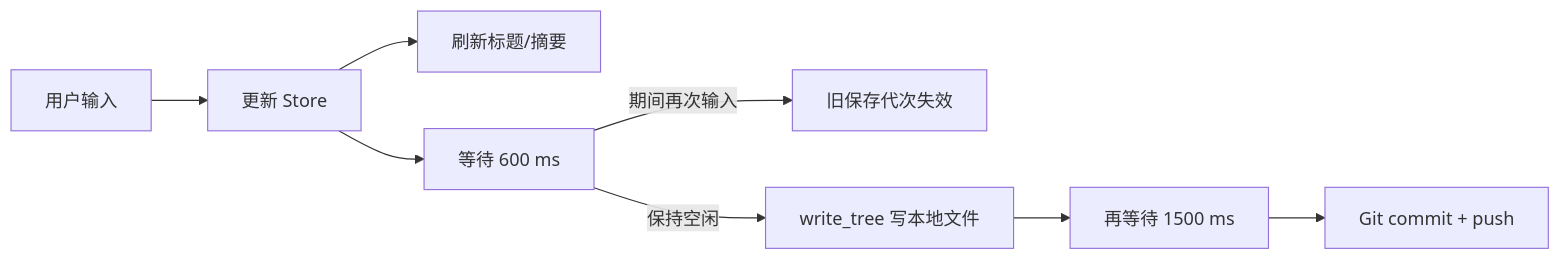
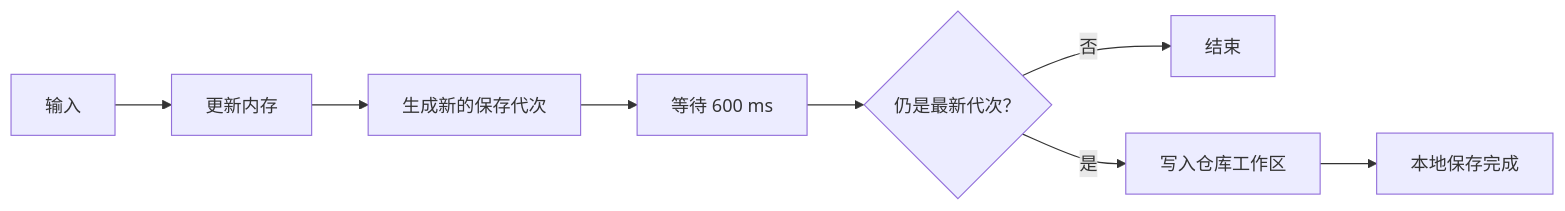
Before and after one commit to unote-dev/unote: the third of 5 diagrams in docs/IMPLEMENTATION.md, drawn with Mermaid. The commit also changed other lines of this file, not shown here.

````diff
--- a/docs/IMPLEMENTATION.md
+++ b/docs/IMPLEMENTATION.md
@@ -184,10 +373,10 @@
 ```mermaid
 flowchart LR
-    TYPE[用户输入] --> MEMORY[更新 Store]
-    MEMORY --> LIST[刷新标题/摘要]
-    MEMORY --> WAIT[等待 600 ms]
-    WAIT -->|期间再次输入| CANCEL[旧保存代次失效]
-    WAIT -->|保持空闲| WRITE[write_tree 写本地文件]
-    WRITE --> IDLE[再等待 1500 ms]
-    IDLE --> PUSH[Git commit + push]
+    INPUT[输入] --> MEMORY[更新内存]
+    MEMORY --> GEN[生成新的保存代次]
+    GEN --> WAIT[等待 600 ms]
+    WAIT --> CURRENT{仍是最新代次？}
+    CURRENT -->|否| STOP[结束]
+    CURRENT -->|是| WRITE[写入仓库工作区]
+    WRITE --> SAVED[本地保存完成]
 ```
````
